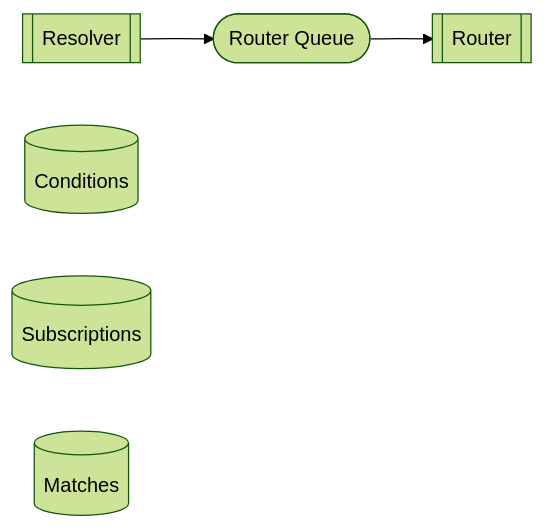
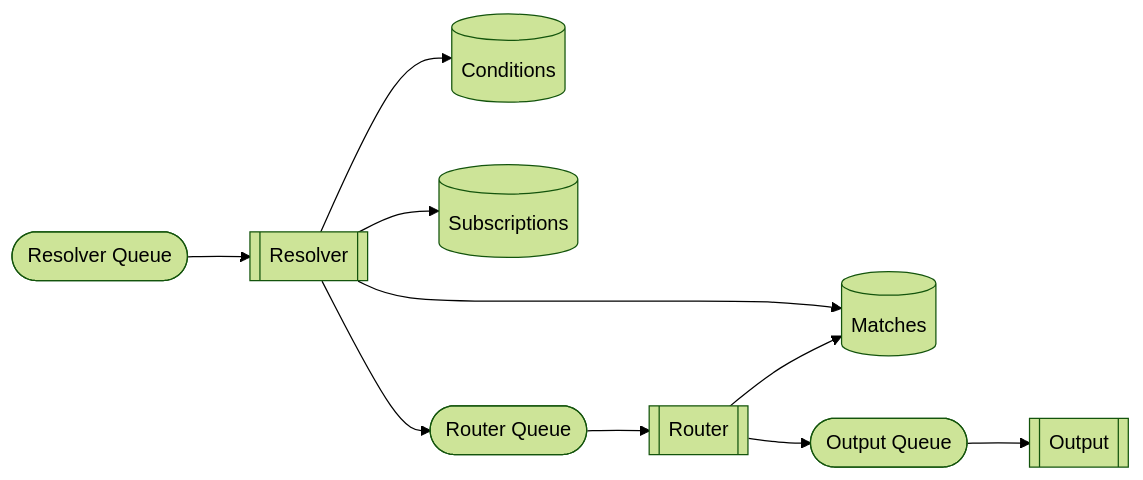
One commit to awakari/.github changed the second of 2 diagrams in profile/README.md. Above: the diagram before and after it, drawn with Mermaid (forest theme).

````diff
--- a/profile/README.md
+++ b/profile/README.md
@@ -161,10 +161,17 @@
 ```mermaid
 flowchart LR
+    resolverQueue([Resolver Queue])
     resolver[[Resolver]]
     conditions[(Conditions)]
     subscriptions[(Subscriptions)]
     matches[(Matches)]
+    routerQueue([Router Queue])
     router[[Router]]
-    routerQueue([Router Queue])
-    resolver --> routerQueue --> router
+    outputQueue([Output Queue])
+    output[[Output]]
+    resolverQueue --> resolver --> routerQueue --> router --> outputQueue --> output
+    resolver --> conditions
+    resolver --> subscriptions
+    resolver --> matches
+    router --> matches
 ```
````
